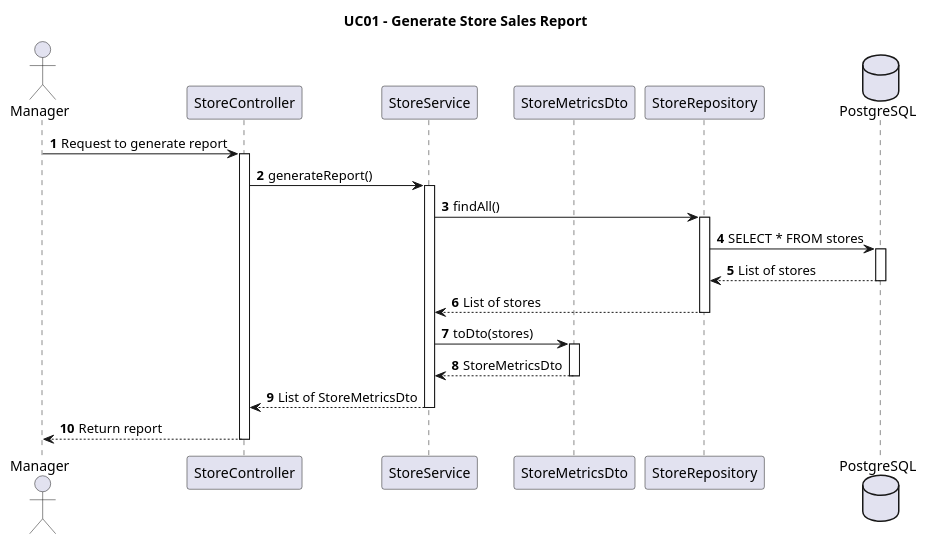
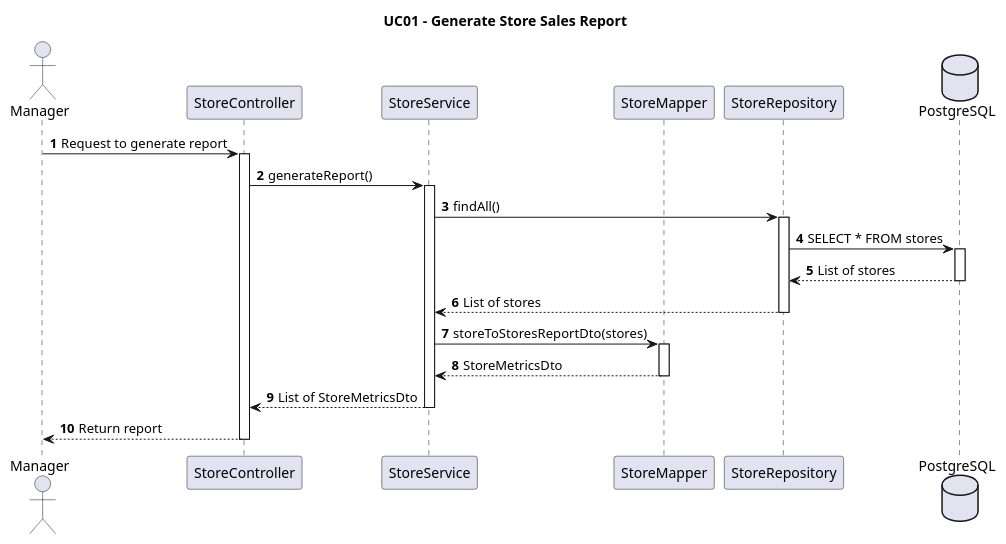
The diagram in docs/uml/sequence-diagrams/UC1.puml (CharlesRa7/LOG430-Labs), drawn with PlantUML before and after one commit. The commit also changed 13 other files, not shown here.

```diff
--- a/docs/uml/sequence-diagrams/UC1.puml
+++ b/docs/uml/sequence-diagrams/UC1.puml
@@ -1,33 +1,33 @@
 @startuml
 title UC01 - Generate Store Sales Report
 autonumber
 
 actor Manager as m
 participant "StoreController" as sc
 participant "StoreService" as ss
-participant "StoreMetricsDto" as smd
+participant "StoreMapper" as sm
 participant "StoreRepository" as sr
 database "PostgreSQL" as db
 
 m -> sc: Request to generate report
 activate sc
 sc -> ss: generateReport()
 activate ss
 ss -> sr: findAll()
 activate sr
 sr -> db: SELECT * FROM stores
 activate db
 db --> sr: List of stores
 deactivate db
 sr --> ss: List of stores
 deactivate sr
-ss -> smd: toDto(stores)
-activate smd
-smd --> ss: StoreMetricsDto
-deactivate smd
+ss -> sm: storeToStoresReportDto(stores)
+activate sm
+sm --> ss: StoreMetricsDto
+deactivate sm
 ss --> sc: List of StoreMetricsDto
 deactivate ss
 sc --> m: Return report
 deactivate sc
 
 @enduml
```
